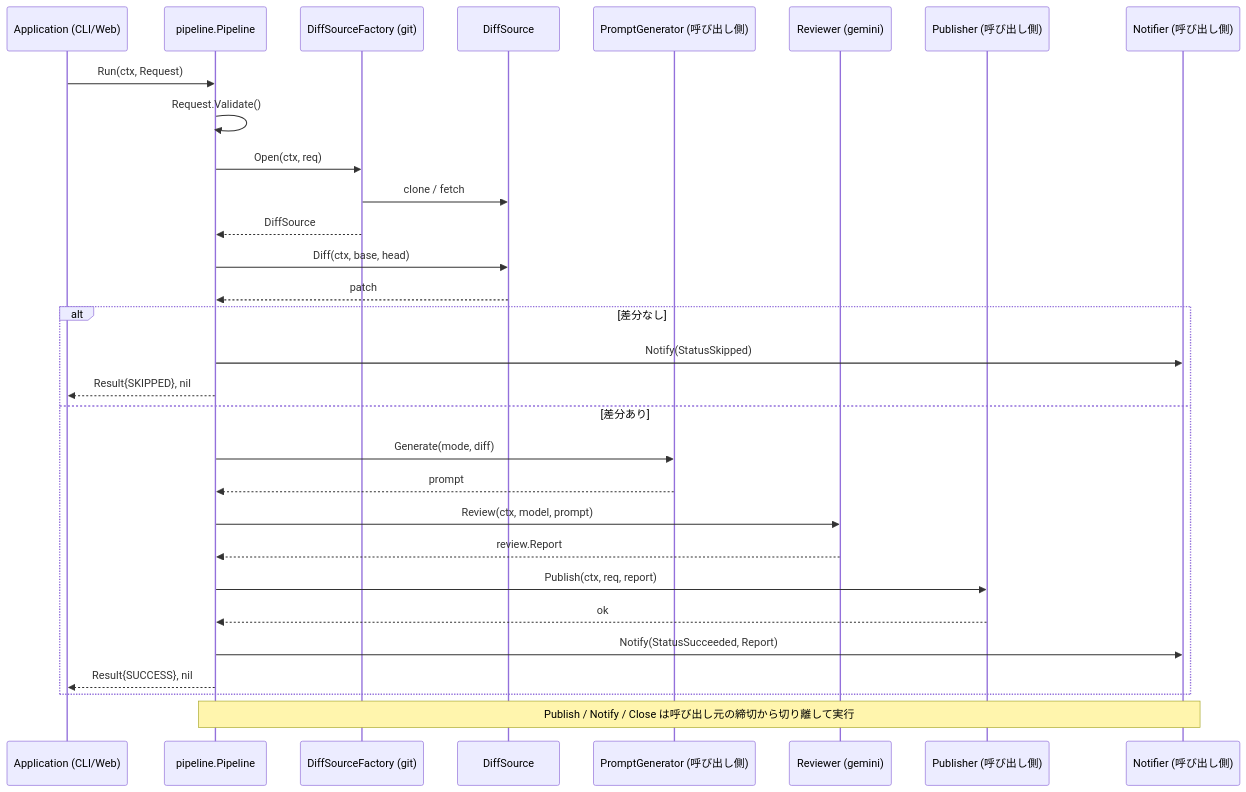
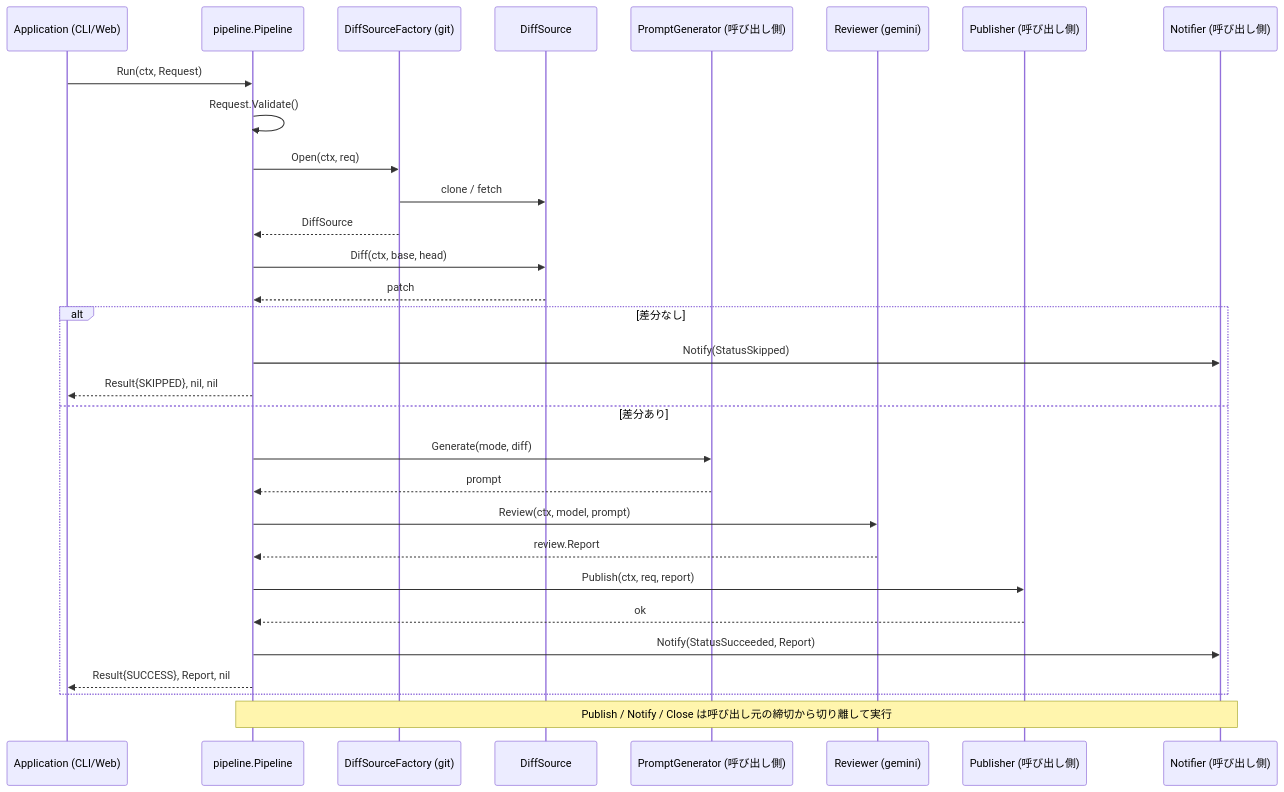
Before and after one commit to shouni/go-review-kit: the diagram in README.md, drawn with Mermaid. The commit also changed other lines of this file and 3 other files, not shown here.

````diff
--- a/README.md
+++ b/README.md
@@ -194,35 +203,35 @@
 ```mermaid
 sequenceDiagram
     participant App as Application (CLI/Web)
     participant PL as pipeline.Pipeline
     participant SF as DiffSourceFactory (git)
     participant DS as DiffSource
     participant PG as PromptGenerator (呼び出し側)
     participant AI as Reviewer (gemini)
     participant PB as Publisher (呼び出し側)
     participant NT as Notifier (呼び出し側)
 
     App->>PL: Run(ctx, Request)
     PL->>PL: Request.Validate()
     PL->>SF: Open(ctx, req)
     SF->>DS: clone / fetch
     SF-->>PL: DiffSource
     PL->>DS: Diff(ctx, base, head)
     DS-->>PL: patch
 
     alt 差分なし
         PL->>NT: Notify(StatusSkipped)
-        PL-->>App: Result{SKIPPED}, nil
+        PL-->>App: Result{SKIPPED}, nil, nil
     else 差分あり
         PL->>PG: Generate(mode, diff)
         PG-->>PL: prompt
         PL->>AI: Review(ctx, model, prompt)
         AI-->>PL: review.Report
         PL->>PB: Publish(ctx, req, report)
         PB-->>PL: ok
         PL->>NT: Notify(StatusSucceeded, Report)
-        PL-->>App: Result{SUCCESS}, nil
+        PL-->>App: Result{SUCCESS}, Report, nil
     end
 
     Note over PL,NT: Publish / Notify / Close は呼び出し元の締切から切り離して実行
 ```
````
